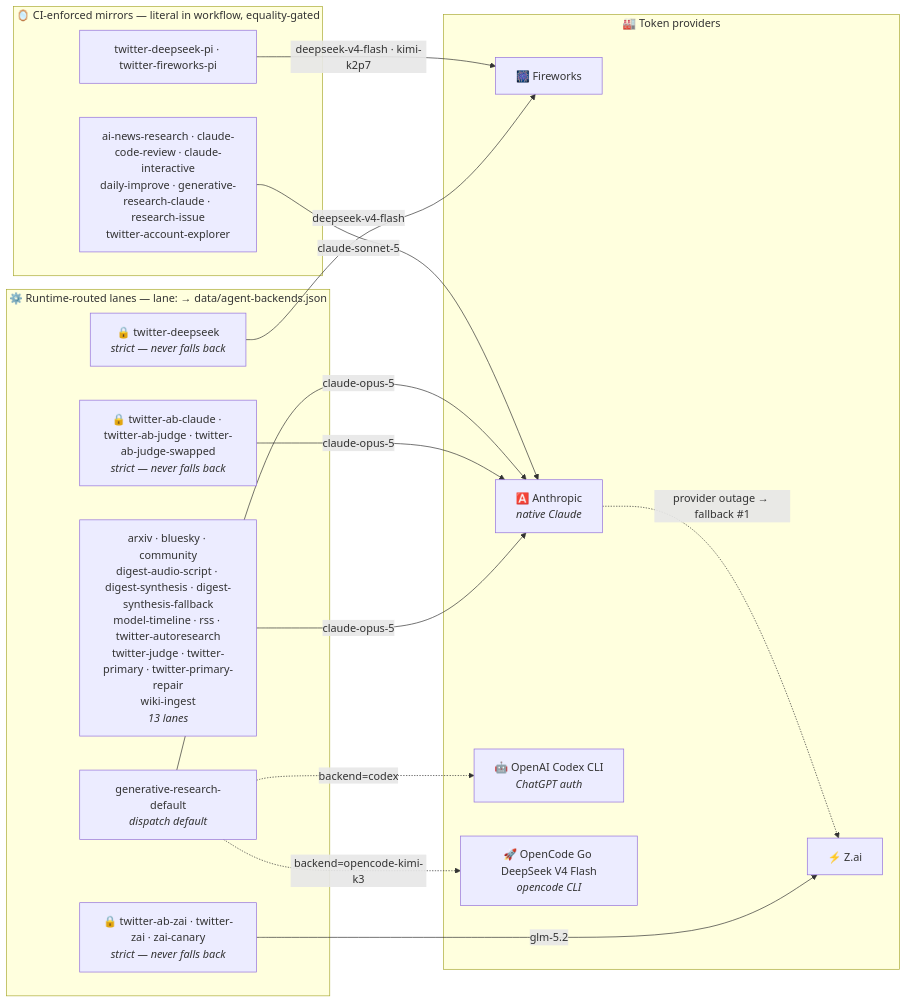
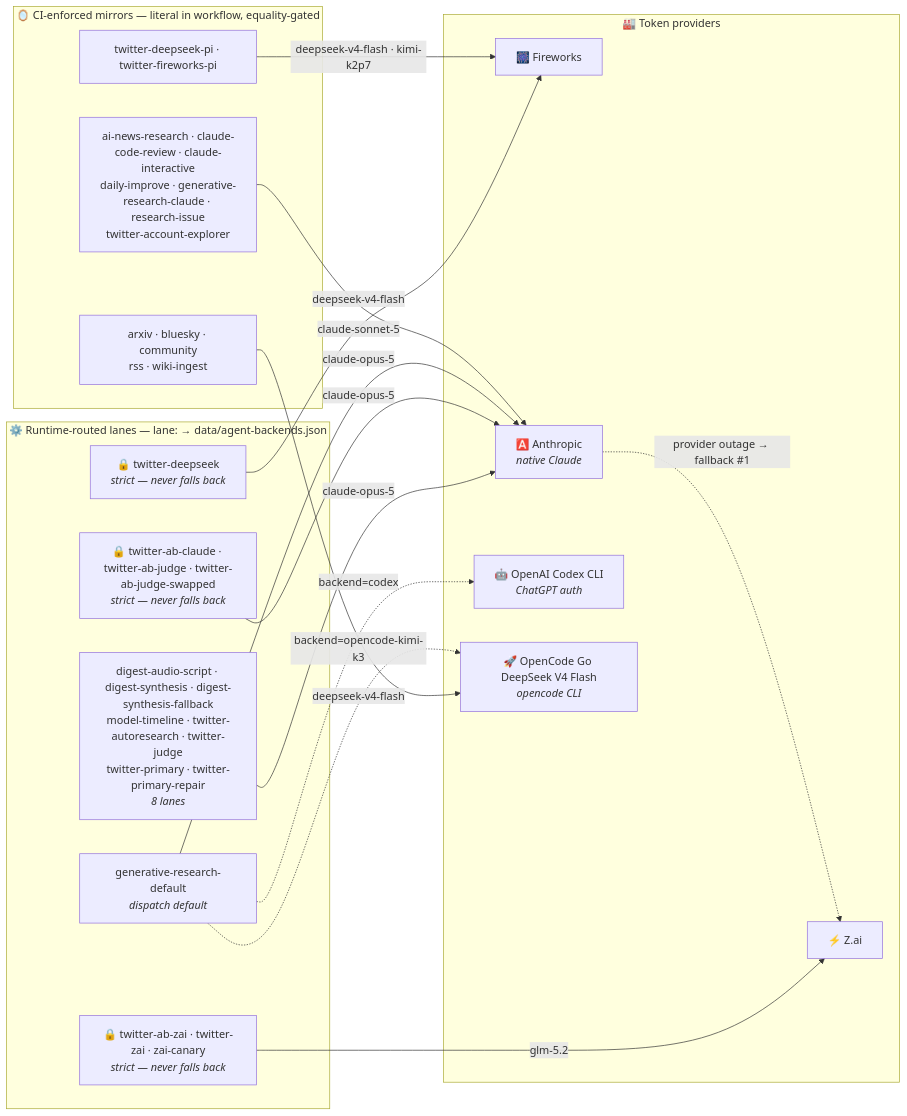
One commit to guzus/ai-research-arm changed the second of 3 diagrams in README.md. Above: the diagram before and after it, drawn with Mermaid. The commit also changed other lines of this file and 13 other files, not shown here.

````diff
--- a/README.md
+++ b/README.md
@@ -147,31 +148,33 @@
 ```mermaid
 flowchart LR
     subgraph runtime["⚙️ Runtime-routed lanes — lane: → data/agent-backends.json"]
-        lanes0["arxiv · bluesky · community<br/>digest-audio-script · digest-synthesis · digest-synthesis-fallback<br/>model-timeline · rss · twitter-autoresearch<br/>twitter-judge · twitter-primary · twitter-primary-repair<br/>wiki-ingest<br/><i>13 lanes</i>"]
+        lanes0["digest-audio-script · digest-synthesis · digest-synthesis-fallback<br/>model-timeline · twitter-autoresearch · twitter-judge<br/>twitter-primary · twitter-primary-repair<br/><i>8 lanes</i>"]
         strict0["🔒 twitter-ab-claude · twitter-ab-judge · twitter-ab-judge-swapped<br/><i>strict — never falls back</i>"]
         strict1["🔒 twitter-deepseek<br/><i>strict — never falls back</i>"]
         strict2["🔒 twitter-ab-zai · twitter-zai · zai-canary<br/><i>strict — never falls back</i>"]
         gendef["generative-research-default<br/><i>dispatch default</i>"]
     end
     subgraph mirrors["🪞 CI-enforced mirrors — literal in workflow, equality-gated"]
         pi["twitter-deepseek-pi · twitter-fireworks-pi"]
         native["ai-news-research · claude-code-review · claude-interactive<br/>daily-improve · generative-research-claude · research-issue<br/>twitter-account-explorer"]
+        opencode["arxiv · bluesky · community<br/>rss · wiki-ingest"]
     end
     subgraph providers["🏭 Token providers"]
         FW["🎆 Fireworks"]
         ZAI["⚡ Z.ai"]
         ANT["🅰️ Anthropic<br/><i>native Claude</i>"]
         OAI["🤖 OpenAI Codex CLI<br/><i>ChatGPT auth</i>"]
         MSH["🚀 OpenCode Go DeepSeek V4 Flash<br/><i>opencode CLI</i>"]
     end
     lanes0 -->|"claude-opus-5"| ANT
     strict0 -->|"claude-opus-5"| ANT
     strict1 -->|"deepseek-v4-flash"| FW
     strict2 -->|"glm-5.2"| ZAI
     gendef -->|"claude-opus-5"| ANT
     pi -->|"deepseek-v4-flash · kimi-k2p7"| FW
     native -->|"claude-sonnet-5"| ANT
+    opencode -->|"deepseek-v4-flash"| MSH
     gendef -.->|"backend=codex"| OAI
     gendef -.->|"backend=opencode-kimi-k3"| MSH
     ANT -. "provider outage → fallback #1" .-> ZAI
 ```
````
